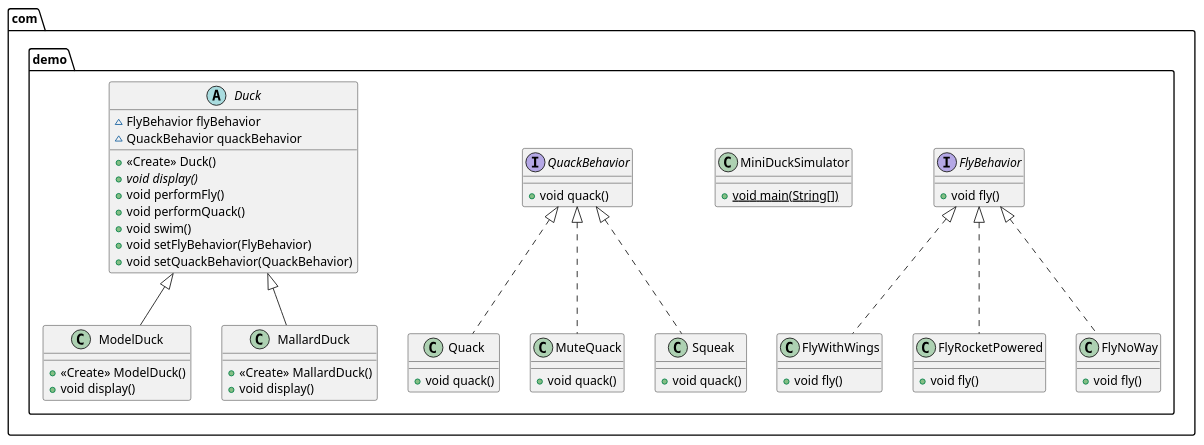
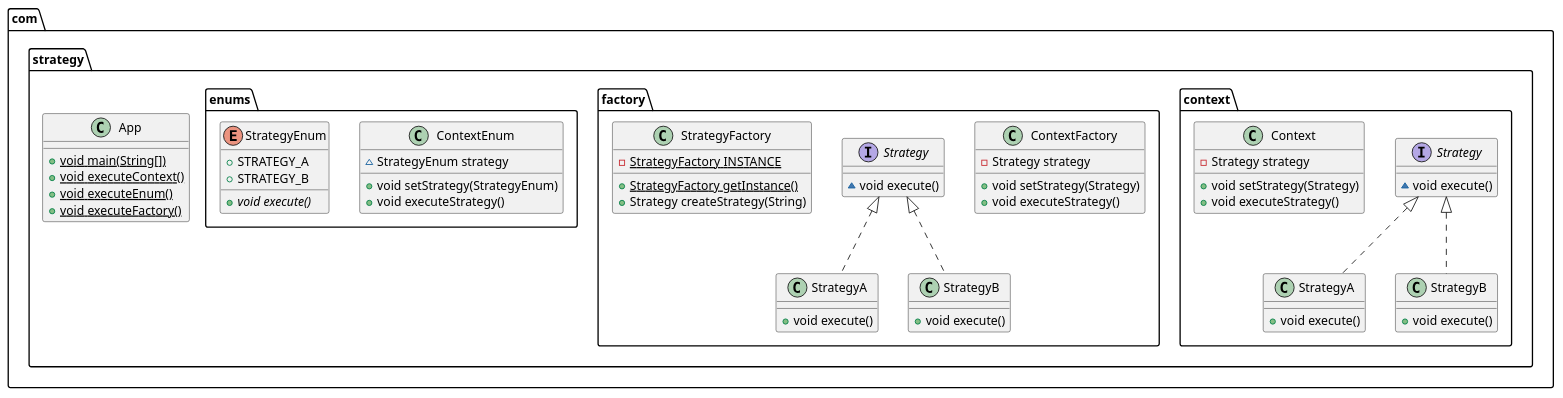
One commit to liu-cui/design-pattern changed the diagram in build/resources/main/puml/strategy.puml. Above: the diagram before and after it, drawn with PlantUML. The commit also changed 42 other files, not shown here.

```diff
--- a/build/resources/main/puml/strategy.puml
+++ b/build/resources/main/puml/strategy.puml
@@ -1,58 +1,57 @@
 @startuml
-interface com.demo.FlyBehavior {
-+ void fly()
+class com.strategy.App {
++ {static} void main(String[])
++ {static} void executeContext()
++ {static} void executeEnum()
++ {static} void executeFactory()
 }
-class com.demo.ModelDuck {
-+ <<Create>> ModelDuck()
-+ void display()
+interface com.strategy.context.Strategy {
+~ void execute()
 }
-class com.demo.FlyWithWings {
-+ void fly()
+class com.strategy.context.StrategyA {
++ void execute()
 }
-class com.demo.MiniDuckSimulator {
-+ {static} void main(String[])
+class com.strategy.factory.ContextFactory {
+- Strategy strategy
++ void setStrategy(Strategy)
++ void executeStrategy()
 }
-class com.demo.FlyRocketPowered {
-+ void fly()
+class com.strategy.factory.StrategyA {
++ void execute()
 }
-class com.demo.Quack {
-+ void quack()
+class com.strategy.context.StrategyB {
++ void execute()
 }
-class com.demo.FlyNoWay {
-+ void fly()
+interface com.strategy.factory.Strategy {
+~ void execute()
 }
-class com.demo.MallardDuck {
-+ <<Create>> MallardDuck()
-+ void display()
+class com.strategy.factory.StrategyFactory {
+- {static} StrategyFactory INSTANCE
++ {static} StrategyFactory getInstance()
++ Strategy createStrategy(String)
 }
-interface com.demo.QuackBehavior {
-+ void quack()
+class com.strategy.enums.ContextEnum {
+~ StrategyEnum strategy
++ void setStrategy(StrategyEnum)
++ void executeStrategy()
 }
-abstract class com.demo.Duck {
-~ FlyBehavior flyBehavior
-~ QuackBehavior quackBehavior
-+ <<Create>> Duck()
-+ {abstract}void display()
-+ void performFly()
-+ void performQuack()
-+ void swim()
-+ void setFlyBehavior(FlyBehavior)
-+ void setQuackBehavior(QuackBehavior)
+class com.strategy.context.Context {
+- Strategy strategy
++ void setStrategy(Strategy)
++ void executeStrategy()
 }
-class com.demo.MuteQuack {
-+ void quack()
+class com.strategy.factory.StrategyB {
++ void execute()
 }
-class com.demo.Squeak {
-+ void quack()
+enum com.strategy.enums.StrategyEnum {
++  STRATEGY_A
++  STRATEGY_B
++ {abstract}void execute()
 }
 
 
-com.demo.Duck <|-- com.demo.ModelDuck
-com.demo.FlyBehavior <|.. com.demo.FlyWithWings
-com.demo.FlyBehavior <|.. com.demo.FlyRocketPowered
-com.demo.QuackBehavior <|.. com.demo.Quack
-com.demo.FlyBehavior <|.. com.demo.FlyNoWay
-com.demo.Duck <|-- com.demo.MallardDuck
-com.demo.QuackBehavior <|.. com.demo.MuteQuack
-com.demo.QuackBehavior <|.. com.demo.Squeak
+com.strategy.context.Strategy <|.. com.strategy.context.StrategyA
+com.strategy.factory.Strategy <|.. com.strategy.factory.StrategyA
+com.strategy.context.Strategy <|.. com.strategy.context.StrategyB
+com.strategy.factory.Strategy <|.. com.strategy.factory.StrategyB
 @enduml
```
